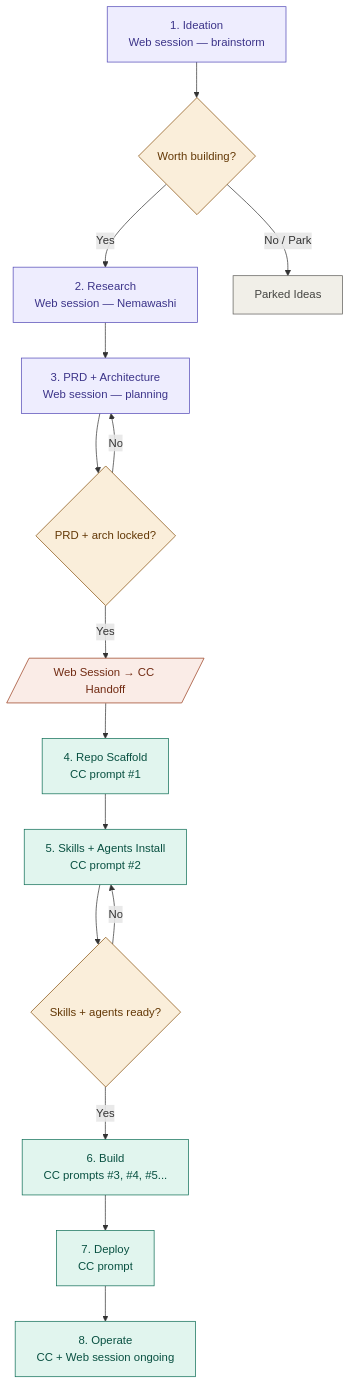
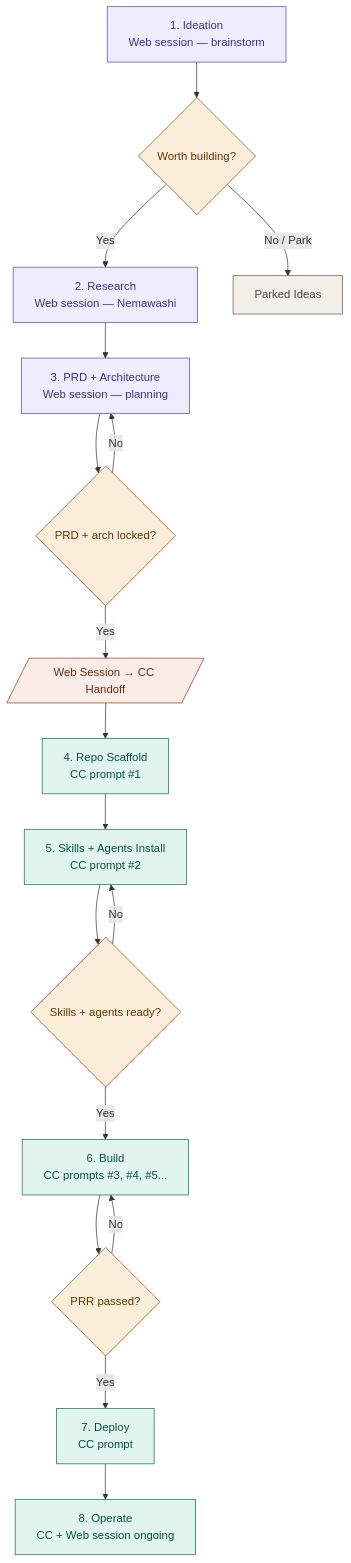
The second of 4 diagrams in docs/ARUSHAI_operating_system.md (arushai-hq/arushai-os), drawn with Mermaid before and after one commit. The commit also changed other lines of this file, not shown here.

````diff
--- a/docs/ARUSHAI_operating_system.md
+++ b/docs/ARUSHAI_operating_system.md
@@ -225,44 +267,48 @@
 ```mermaid
 flowchart TD
     P1[1. Ideation<br/>Web session — brainstorm]
     G1{Worth building?}
     P2[2. Research<br/>Web session — Nemawashi]
     P3[3. PRD + Architecture<br/>Web session — planning]
     G2{PRD + arch locked?}
     HO[/"Web Session → CC Handoff"/]
     P4[4. Repo Scaffold<br/>CC prompt #1]
     P5[5. Skills + Agents Install<br/>CC prompt #2]
     G3{Skills + agents ready?}
     P6[6. Build<br/>CC prompts #3, #4, #5...]
+    G4{PRR passed?}
     P7[7. Deploy<br/>CC prompt]
     P8[8. Operate<br/>CC + Web session ongoing]
 
     P1 --> G1
     G1 -->|Yes| P2
     G1 -->|No / Park| PARK[Parked Ideas]
     P2 --> P3
     P3 --> G2
     G2 -->|Yes| HO
     G2 -->|No| P3
     HO --> P4
     P4 --> P5
     P5 --> G3
     G3 -->|Yes| P6
     G3 -->|No| P5
-    P6 --> P7
+    P6 --> G4
+    G4 -->|Yes| P7
+    G4 -->|No| P6
     P7 --> P8
 
     style P1 fill:#EEEDFE,stroke:#534AB7,color:#3C3489
     style P2 fill:#EEEDFE,stroke:#534AB7,color:#3C3489
     style P3 fill:#EEEDFE,stroke:#534AB7,color:#3C3489
     style P4 fill:#E1F5EE,stroke:#0F6E56,color:#085041
     style P5 fill:#E1F5EE,stroke:#0F6E56,color:#085041
     style P6 fill:#E1F5EE,stroke:#0F6E56,color:#085041
     style P7 fill:#E1F5EE,stroke:#0F6E56,color:#085041
     style P8 fill:#E1F5EE,stroke:#0F6E56,color:#085041
     style G1 fill:#FAEEDA,stroke:#854F0B,color:#633806
     style G2 fill:#FAEEDA,stroke:#854F0B,color:#633806
     style G3 fill:#FAEEDA,stroke:#854F0B,color:#633806
+    style G4 fill:#FAEEDA,stroke:#854F0B,color:#633806
     style HO fill:#FAECE7,stroke:#993C1D,color:#712B13
     style PARK fill:#F1EFE8,stroke:#5F5E5A,color:#444441
 ```
````
